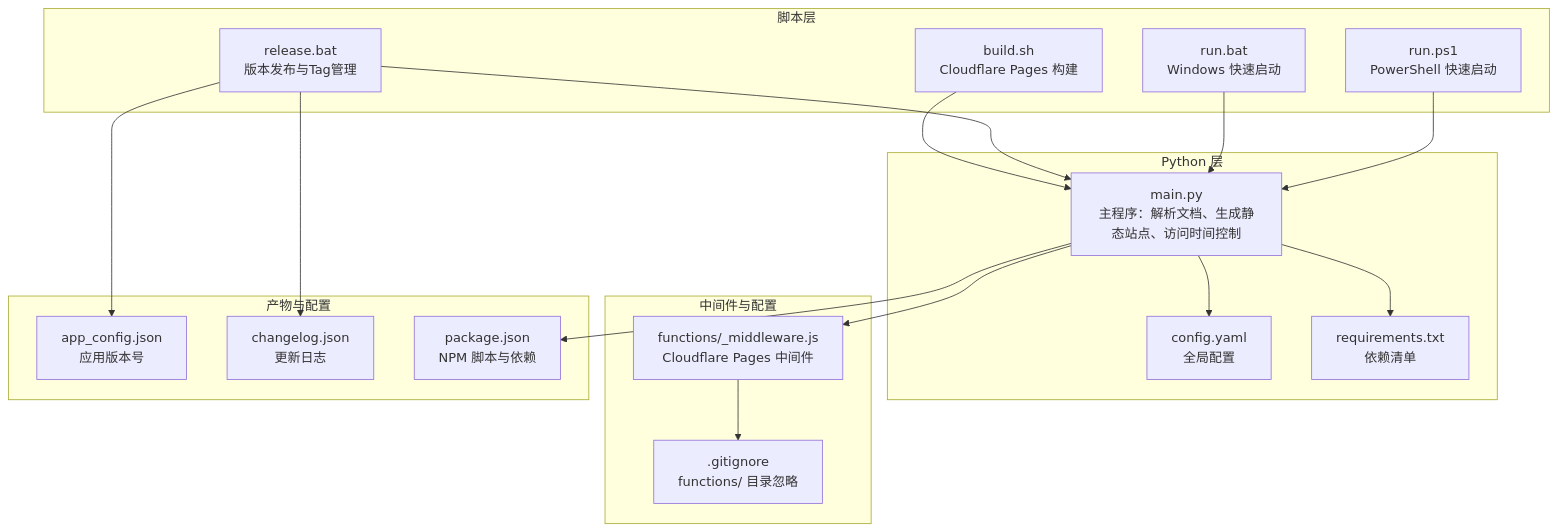
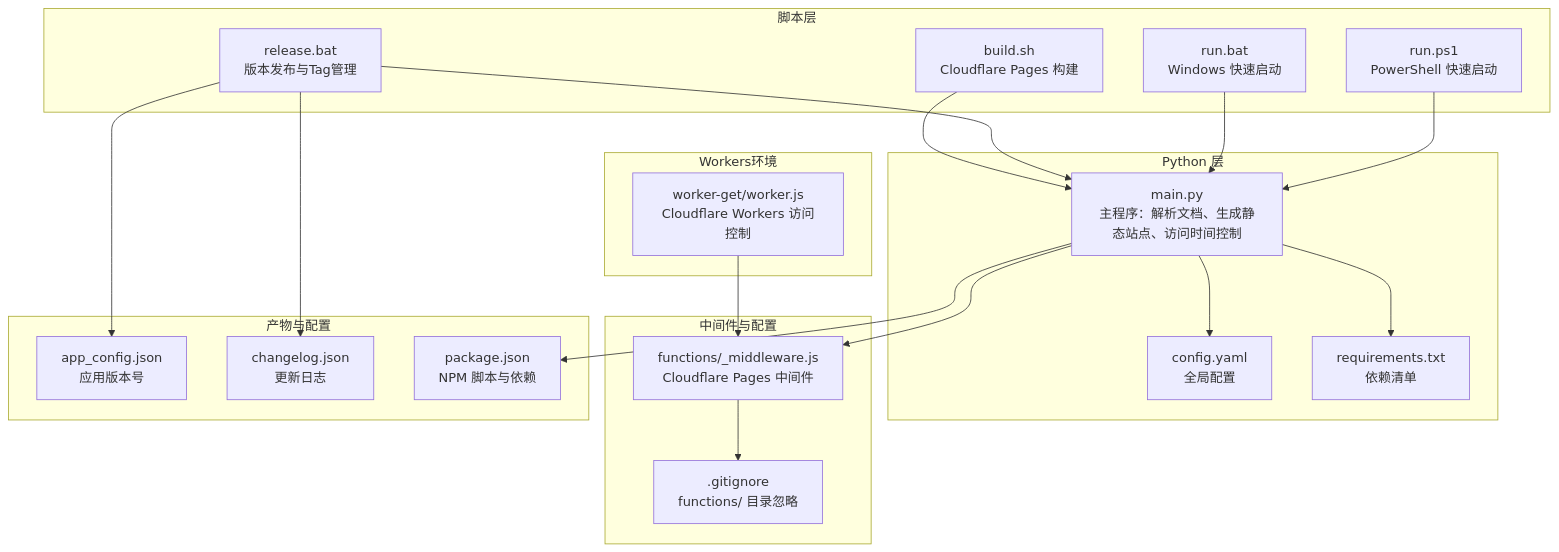
The first of 5 diagrams in .qoder/repowiki/zh/content/部署发布/自动化部署脚本.md (zhao-zg/cx), drawn with Mermaid before and after one commit. The commit also changed other lines of this file and 34 other files, not shown here.

````diff
--- a/.qoder/repowiki/zh/content/部署发布/自动化部署脚本.md
+++ b/.qoder/repowiki/zh/content/部署发布/自动化部署脚本.md
@@ -52,34 +56,38 @@
 ```mermaid
 graph TB
 subgraph "脚本层"
 B["build.sh<br/>Cloudflare Pages 构建"]
 R["release.bat<br/>版本发布与Tag管理"]
 RB["run.bat<br/>Windows 快速启动"]
 RP["run.ps1<br/>PowerShell 快速启动"]
 end
 subgraph "Python 层"
 M["main.py<br/>主程序：解析文档、生成静态站点、访问时间控制"]
 C["config.yaml<br/>全局配置"]
 RC["requirements.txt<br/>依赖清单"]
 end
 subgraph "中间件与配置"
 MW["functions/_middleware.js<br/>Cloudflare Pages 中间件"]
 GI[".gitignore<br/>functions/ 目录忽略"]
 end
+subgraph "Workers环境"
+W["worker-get/worker.js<br/>Cloudflare Workers 访问控制"]
+end
 subgraph "产物与配置"
 AC["app_config.json<br/>应用版本号"]
 CL["changelog.json<br/>更新日志"]
 PJ["package.json<br/>NPM 脚本与依赖"]
 end
 B --> M
 R --> AC
 R --> CL
 R --> M
 RB --> M
 RP --> M
 M --> C
 M --> RC
 M --> MW
 MW --> GI
 M --> PJ
+W --> MW
 ```
````
